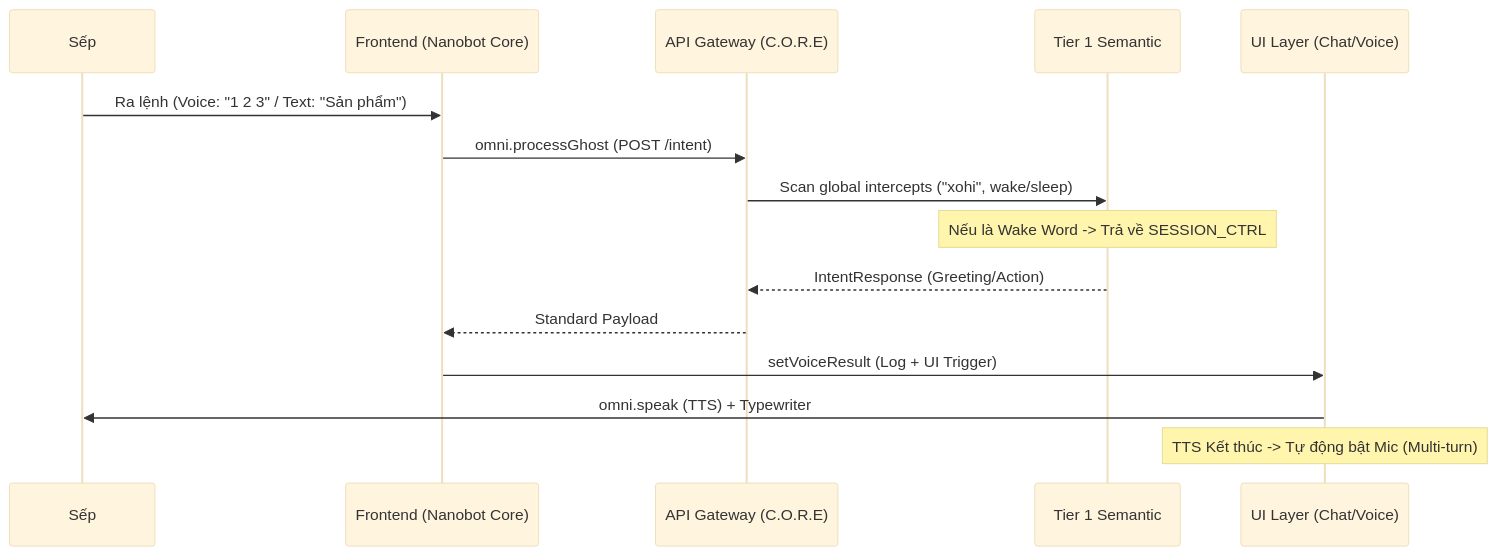
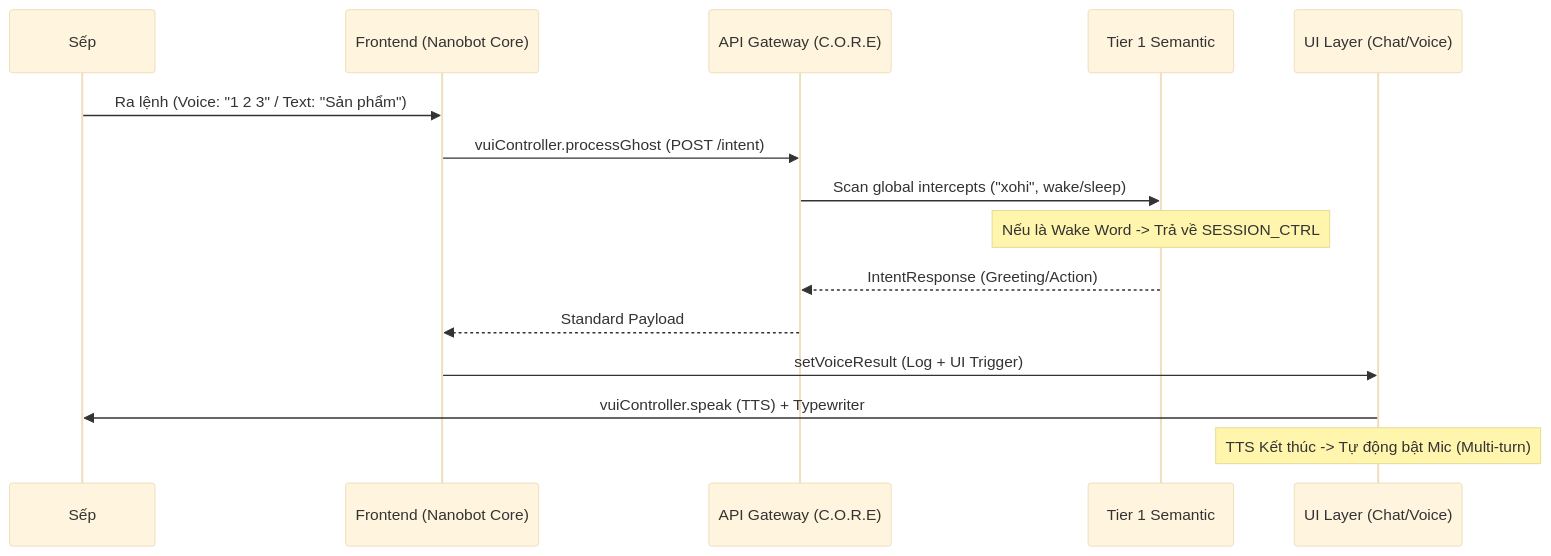
One commit to mlaplv/fast-platform-nhs changed the third of 10 diagrams in RULES.md. Above: the diagram before and after it, drawn with Mermaid (base theme). The commit also changed other lines of this file and 60 other files, not shown here.

````diff
--- a/RULES.md
+++ b/RULES.md
@@ -620,23 +631,23 @@
 ```mermaid
 sequenceDiagram
     participant Sếp
     participant Frontend (Nanobot Core)
     participant API Gateway (C.O.R.E)
     participant Tier 1 Semantic
     participant UI Layer (Chat/Voice)
 
     Sếp->>Frontend (Nanobot Core): Ra lệnh (Voice: "1 2 3" / Text: "Sản phẩm")
-    Frontend (Nanobot Core)->>API Gateway (C.O.R.E): omni.processGhost (POST /intent)
+    Frontend (Nanobot Core)->>API Gateway (C.O.R.E): vuiController.processGhost (POST /intent)
 
     API Gateway (C.O.R.E)->>Tier 1 Semantic: Scan global intercepts ("xohi", wake/sleep)
 
     Note over Tier 1 Semantic: Nếu là Wake Word -> Trả về SESSION_CTRL
 
     Tier 1 Semantic-->>API Gateway (C.O.R.E): IntentResponse (Greeting/Action)
     API Gateway (C.O.R.E)-->>Frontend (Nanobot Core): Standard Payload
 
     Frontend (Nanobot Core)->>UI Layer (Chat/Voice): setVoiceResult (Log + UI Trigger)
-    UI Layer (Chat/Voice)->>Sếp: omni.speak (TTS) + Typewriter
+    UI Layer (Chat/Voice)->>Sếp: vuiController.speak (TTS) + Typewriter
 
     Note over UI Layer (Chat/Voice): TTS Kết thúc -> Tự động bật Mic (Multi-turn)
 ```
````
